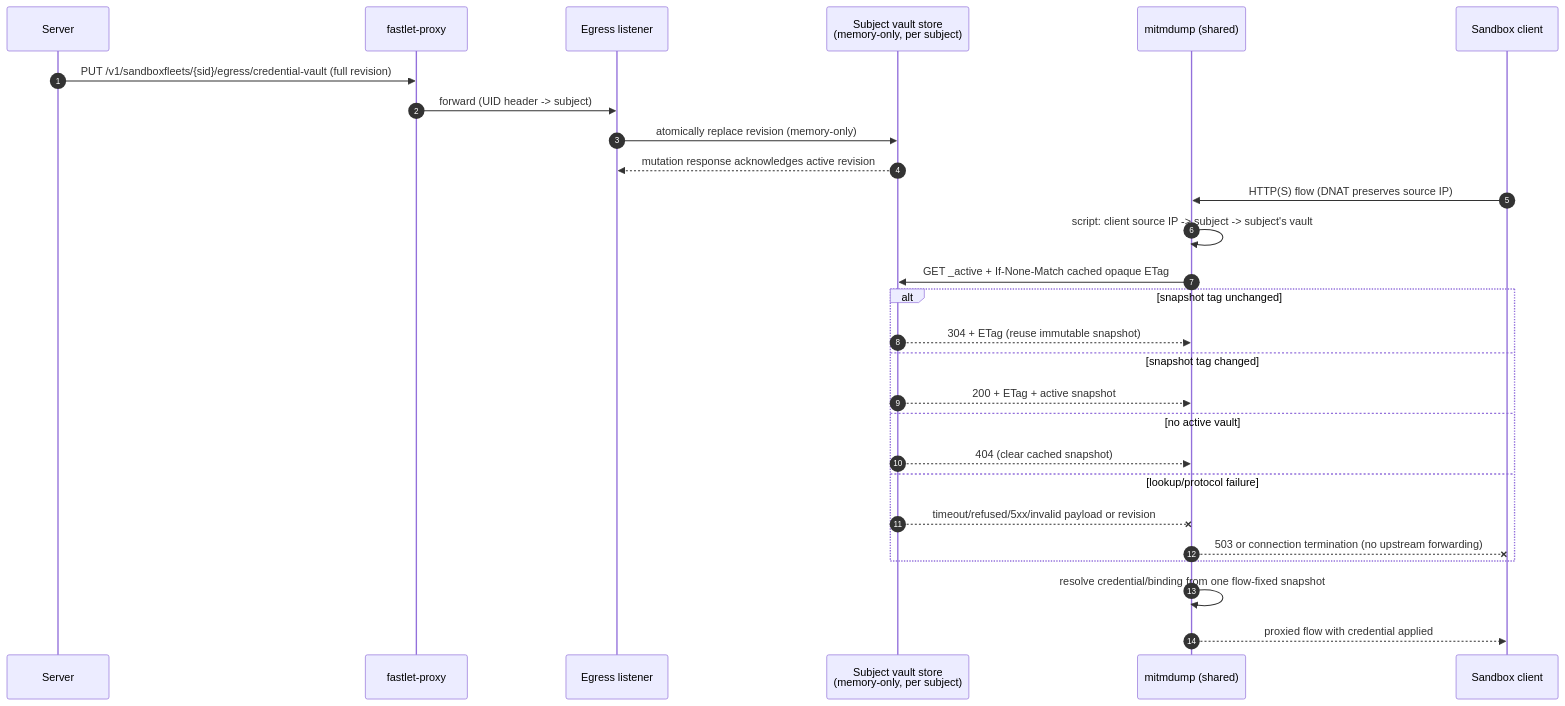
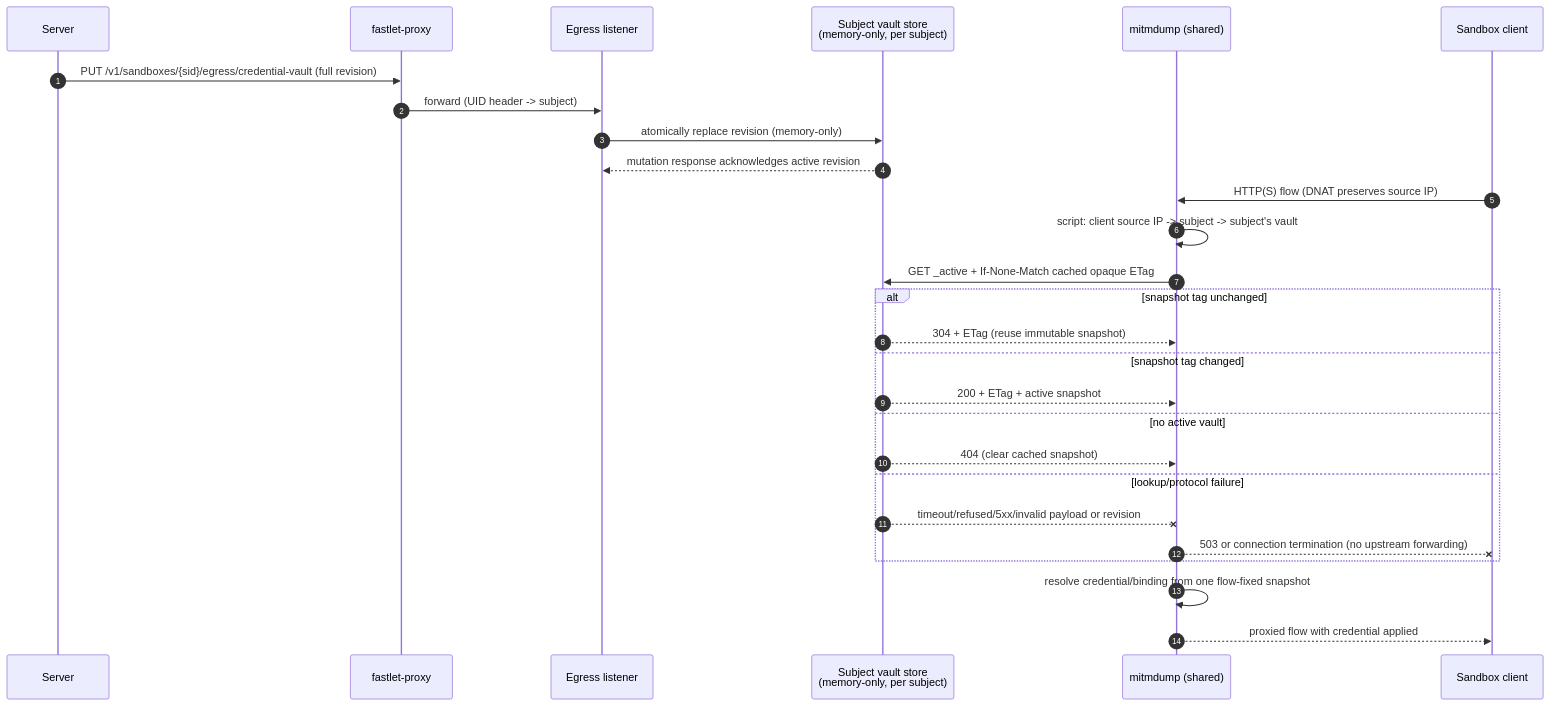
Before and after one commit to Pangjiping/OpenSandbox: the fourth of 4 diagrams in components/egress/docs/policy-traffic-vault-flow.md, drawn with Mermaid. The commit also changed other lines of this file and 101 other files, not shown here.

````diff
--- a/components/egress/docs/policy-traffic-vault-flow.md
+++ b/components/egress/docs/policy-traffic-vault-flow.md
@@ -165,30 +165,30 @@
 ```mermaid
 sequenceDiagram
     autonumber
     participant S as Server
     participant P as fastlet-proxy
     participant E as Egress listener
     participant V as Subject vault store<br/>(memory-only, per subject)
     participant M as mitmdump (shared)
     participant C as Sandbox client
 
-    S->>P: PUT /v1/sandboxfleets/{sid}/egress/credential-vault (full revision)
+    S->>P: PUT /v1/sandboxes/{sid}/egress/credential-vault (full revision)
     P->>E: forward (UID header -> subject)
     E->>V: atomically replace revision (memory-only)
     V-->>E: mutation response acknowledges active revision
     C->>M: HTTP(S) flow (DNAT preserves source IP)
     M->>M: script: client source IP -> subject -> subject's vault
     M->>V: GET _active + If-None-Match cached opaque ETag
     alt snapshot tag unchanged
         V-->>M: 304 + ETag (reuse immutable snapshot)
     else snapshot tag changed
         V-->>M: 200 + ETag + active snapshot
     else no active vault
         V-->>M: 404 (clear cached snapshot)
     else lookup/protocol failure
         V--xM: timeout/refused/5xx/invalid payload or revision
         M--xC: 503 or connection termination (no upstream forwarding)
     end
     M->>M: resolve credential/binding from one flow-fixed snapshot
     M-->>C: proxied flow with credential applied
 ```
````
